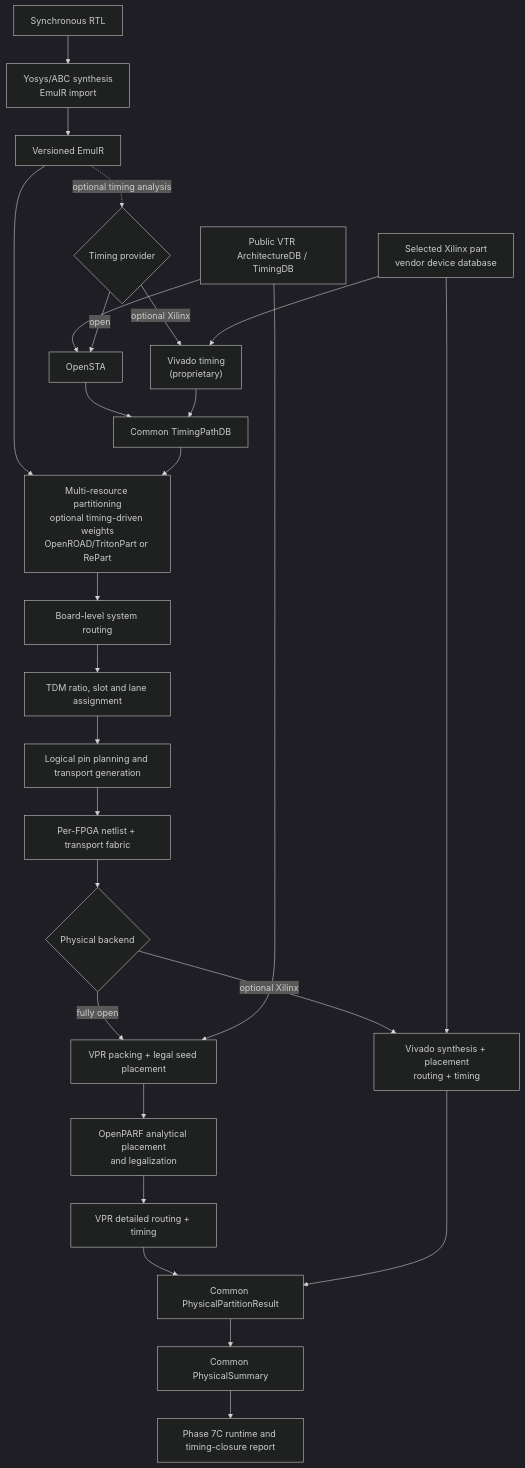
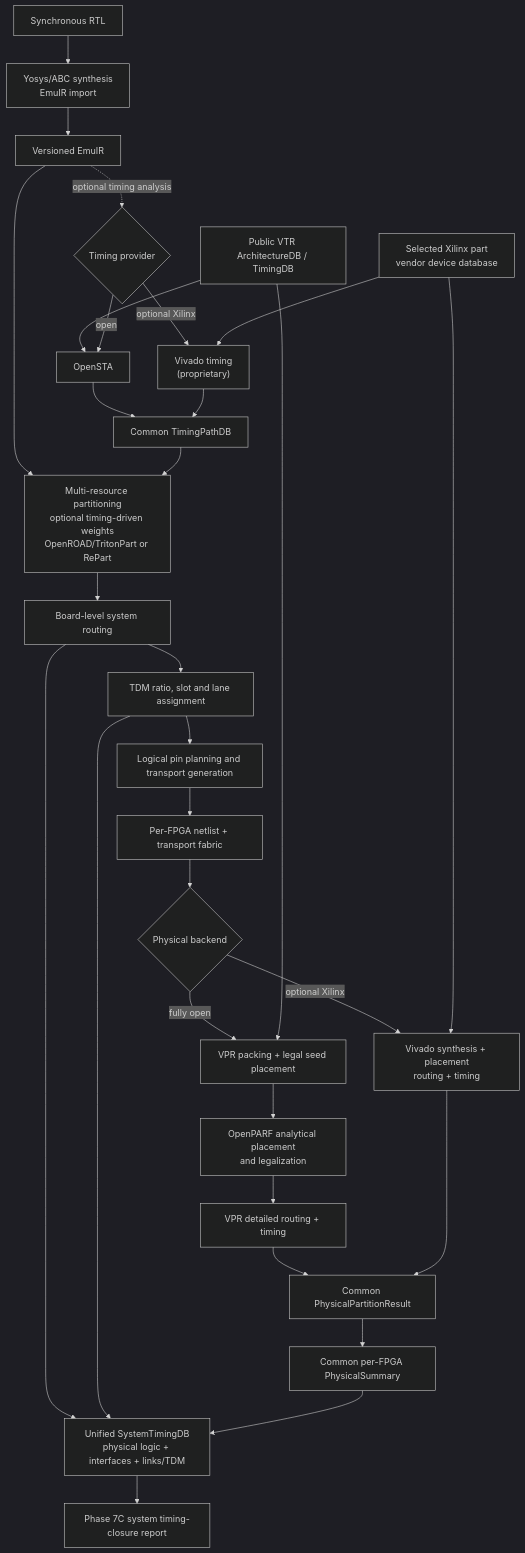
Before and after one commit to ZeayW/FGPA_emulation: the diagram in README.md, drawn with Mermaid (dark theme). The commit also changed other lines of this file and 11 other files, not shown here.

Commit message:
Close unified multi-FPGA system timing

````diff
--- a/README.md
+++ b/README.md
@@ -113,36 +113,39 @@
 ```mermaid
 flowchart TD
     RTL["Synchronous RTL"] --> SYN["Yosys/ABC synthesis<br/>EmuIR import"]
 
     SYN --> IR["Versioned EmuIR"]
     IR --> PART["Multi-resource partitioning<br/>optional timing-driven weights<br/>OpenROAD/TritonPart or RePart"]
 
     IR -. optional timing analysis .-> TP{"Timing provider"}
     PUBARCH["Public VTR ArchitectureDB / TimingDB"] --> OSTA["OpenSTA"]
     TP -->|open| OSTA
     TP -->|optional Xilinx| VTIM["Vivado timing<br/>(proprietary)"]
     OSTA --> TDB["Common TimingPathDB"]
     VTIM --> TDB
     TDB --> PART
 
     PART --> SROUTE["Board-level system routing"]
     SROUTE --> TDM["TDM ratio, slot and lane assignment"]
     TDM --> PIN["Logical pin planning and transport generation"]
     PIN --> SPLIT["Per-FPGA netlist + transport fabric"]
 
     SPLIT --> PB{"Physical backend"}
 
     PB -->|fully open| VPACK["VPR packing + legal seed placement"]
     PUBARCH --> VPACK
     VPACK --> OP["OpenPARF analytical placement<br/>and legalization"]
     OP --> VROUTE["VPR detailed routing + timing"]
 
     PB -->|optional Xilinx| XV["Vivado synthesis + placement<br/>routing + timing"]
     XDB["Selected Xilinx part<br/>vendor device database"] --> VTIM
     XDB --> XV
 
     VROUTE --> PPR["Common PhysicalPartitionResult"]
     XV --> PPR
-    PPR --> PS["Common PhysicalSummary"]
-    PS --> P7C["Phase 7C runtime and timing-closure report"]
+    PPR --> PS["Common per-FPGA PhysicalSummary"]
+    SROUTE --> ST["Unified SystemTimingDB<br/>physical logic + interfaces + links/TDM"]
+    TDM --> ST
+    PS --> ST
+    ST --> P7C["Phase 7C system timing-closure report"]
 ```
````
